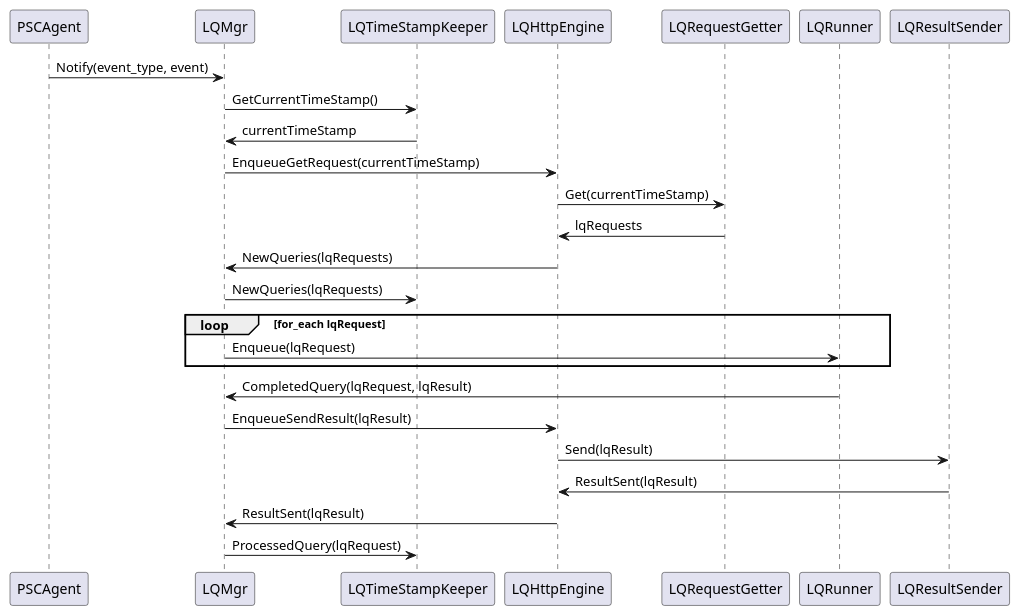
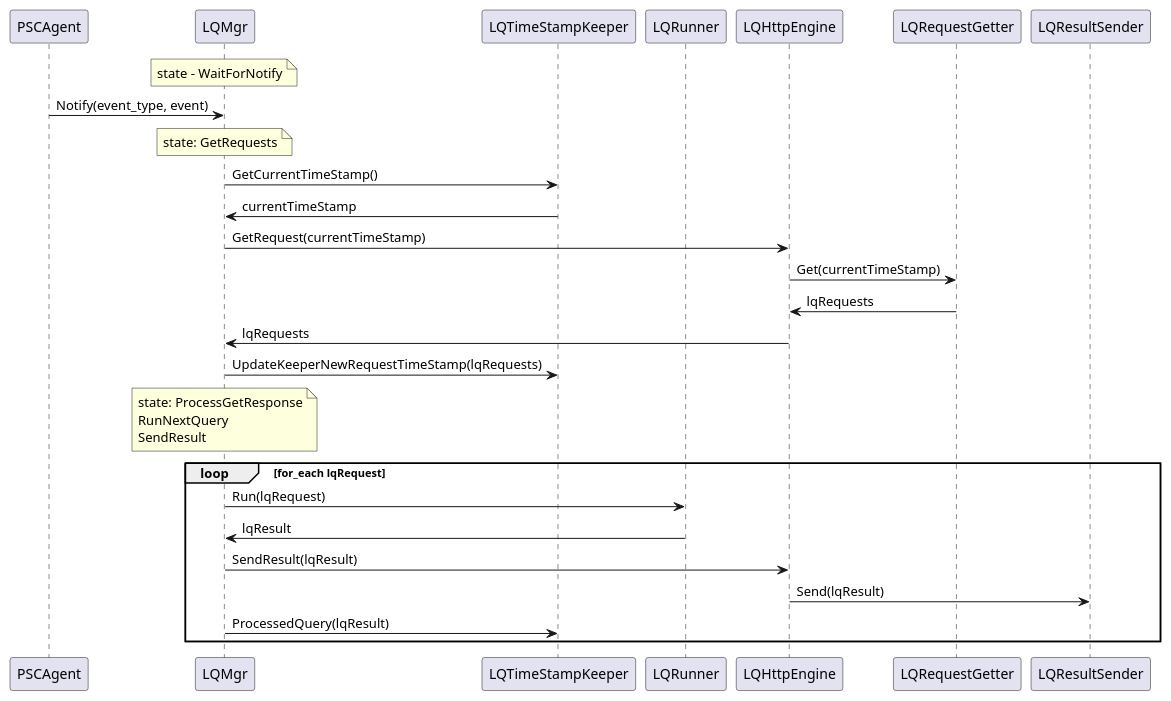
The diagram in seq_lq_sensor_simple_exec.puml (nmehta2002/exp), drawn with PlantUML before and after one commit. The commit also changed 2 other files, not shown here.

```diff
--- a/seq_lq_sensor_simple_exec.puml
+++ b/seq_lq_sensor_simple_exec.puml
@@ -1,28 +1,34 @@
 @startuml
+note over LQMgr: state - WaitForNotify
 PSCAgent -> LQMgr: Notify(event_type, event)
 
+note over LQMgr: state: GetRequests
 LQMgr -> LQTimeStampKeeper: GetCurrentTimeStamp()
 LQTimeStampKeeper -> LQMgr: currentTimeStamp
 
-LQMgr -> LQHttpEngine: EnqueueGetRequest(currentTimeStamp)
+LQMgr -> LQHttpEngine: GetRequest(currentTimeStamp)
 LQHttpEngine -> LQRequestGetter: Get(currentTimeStamp)
 LQRequestGetter -> LQHttpEngine : lqRequests
 
-LQHttpEngine -> LQMgr: NewQueries(lqRequests)
+LQHttpEngine -> LQMgr: lqRequests
 
-LQMgr -> LQTimeStampKeeper : NewQueries(lqRequests)
+LQMgr -> LQTimeStampKeeper : UpdateKeeperNewRequestTimeStamp(lqRequests)
 
+note over LQMgr: state: ProcessGetResponse\nRunNextQuery\nSendResult
     loop for_each lqRequest
-        LQMgr -> LQRunner: Enqueue(lqRequest)
+        LQMgr -> LQRunner: Run(lqRequest)
+        LQRunner -> LQMgr : lqResult
+        LQMgr -> LQHttpEngine : SendResult(lqResult)
+        LQHttpEngine -> LQResultSender: Send(lqResult)
+        LQMgr -> LQTimeStampKeeper : ProcessedQuery(lqResult)
     end
 
-LQRunner -> LQMgr : CompletedQuery(lqRequest, lqResult)
-
-LQMgr -> LQHttpEngine : EnqueueSendResult(lqResult)
-LQHttpEngine -> LQResultSender : Send(lqResult)
-LQResultSender -> LQHttpEngine : ResultSent(lqResult)
-LQHttpEngine -> LQMgr : ResultSent(lqResult)
-
-LQMgr -> LQTimeStampKeeper : ProcessedQuery(lqRequest)
+participant PSCAgent order 10
+participant LQMgr order 20
+participant LQTimeStampKeeper order 30
+participant LQRunner order 40
+participant LQHttpEngine order 50
+participant LQRequestGetter order 60
+participant LQResultSender order 70
 
 @enduml
```
